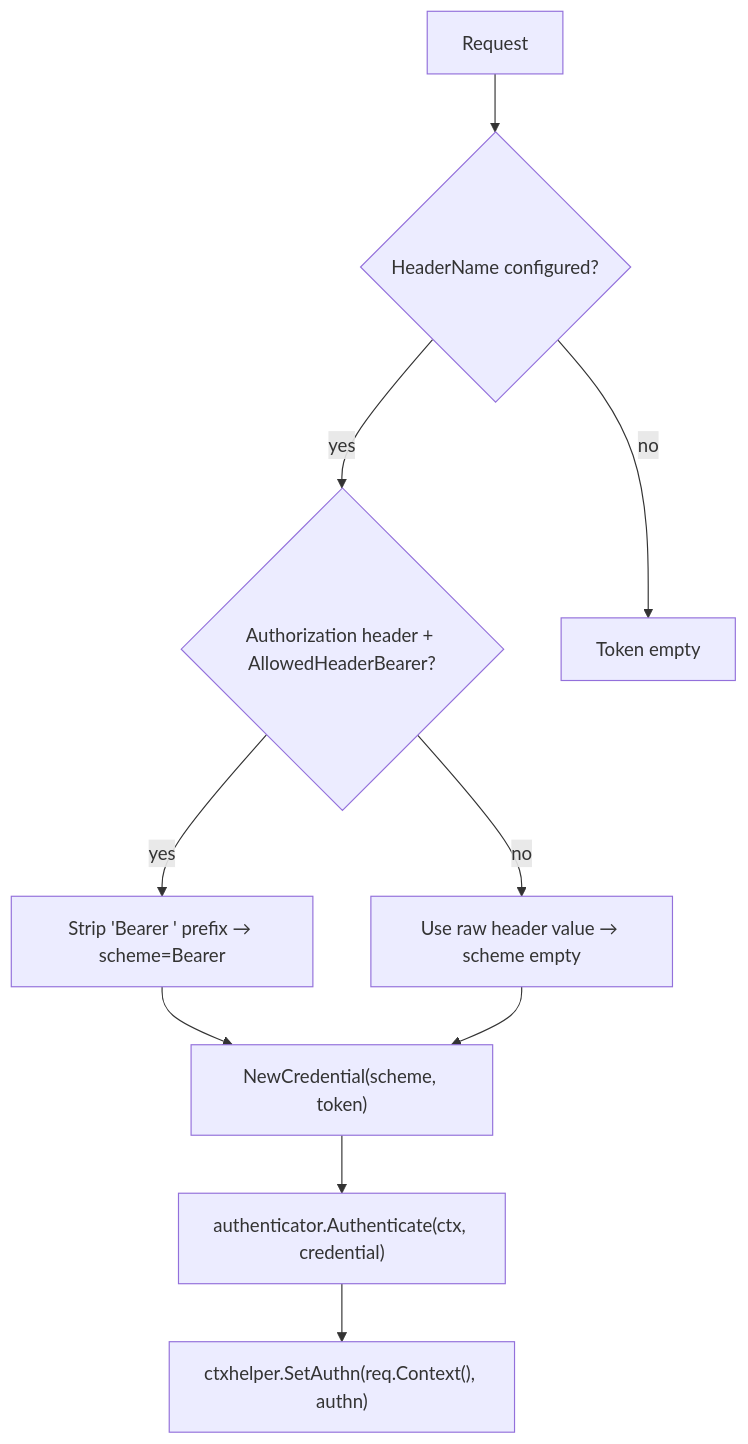
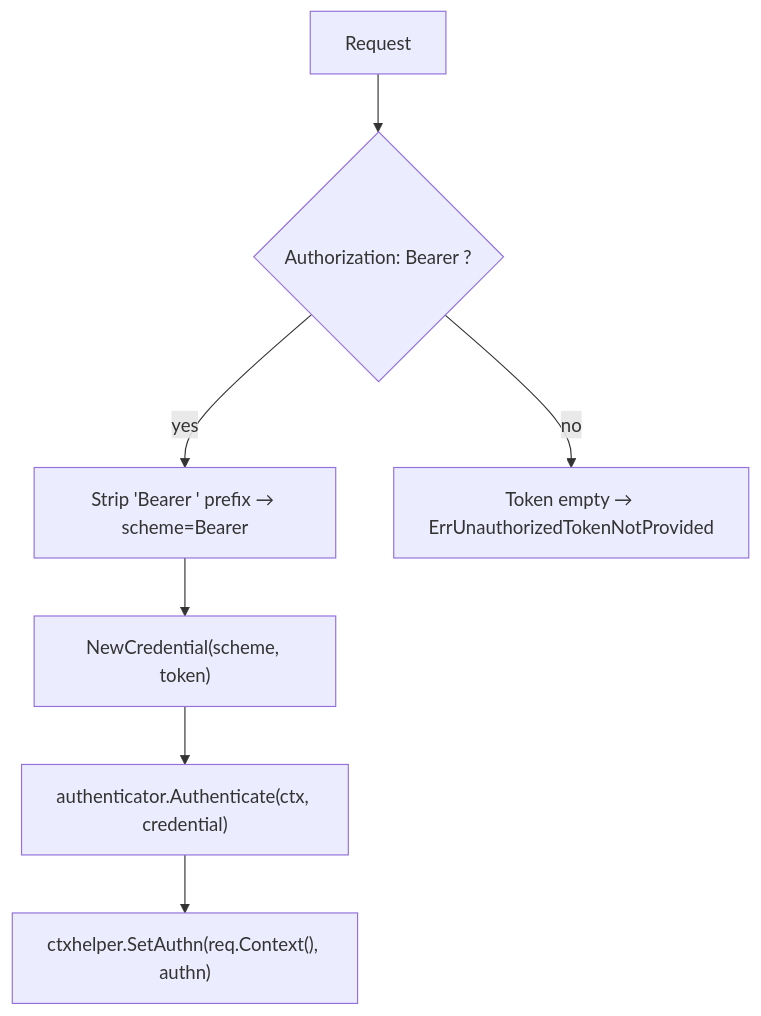
One commit to Tomy-ch/go-boilerplate changed the first of 2 diagrams in internal/controller/httpstack/oapi/auth/README.md. Above: the diagram before and after it, drawn with Mermaid. The commit also changed other lines of this file and 13 other files, not shown here.

````diff
--- a/internal/controller/httpstack/oapi/auth/README.md
+++ b/internal/controller/httpstack/oapi/auth/README.md
@@ -9,19 +9,15 @@
 ```mermaid
 flowchart TB
     Start["Request"]
-    Header{"HeaderName configured?"}
-    IsAuth{"Authorization header + AllowedHeaderBearer?"}
+    IsBearer{"Authorization: Bearer <token>?"}
     StripBearer["Strip 'Bearer ' prefix → scheme=Bearer"]
-    RawHeader["Use raw header value → scheme empty"]
-    NoToken["Token empty"]
+    NoToken["Token empty → ErrUnauthorizedTokenNotProvided"]
     Credential["NewCredential(scheme, token)"]
     Authenticate["authenticator.Authenticate(ctx, credential)"]
     StoreAuthn["ctxhelper.SetAuthn(req.Context(), authn)"]
 
-    Start --> Header
-    Header -- yes --> IsAuth
-    IsAuth -- yes --> StripBearer --> Credential
-    IsAuth -- no --> RawHeader --> Credential
-    Header -- no --> NoToken
+    Start --> IsBearer
+    IsBearer -- yes --> StripBearer --> Credential
+    IsBearer -- no --> NoToken
     Credential --> Authenticate --> StoreAuthn
 ```
````
